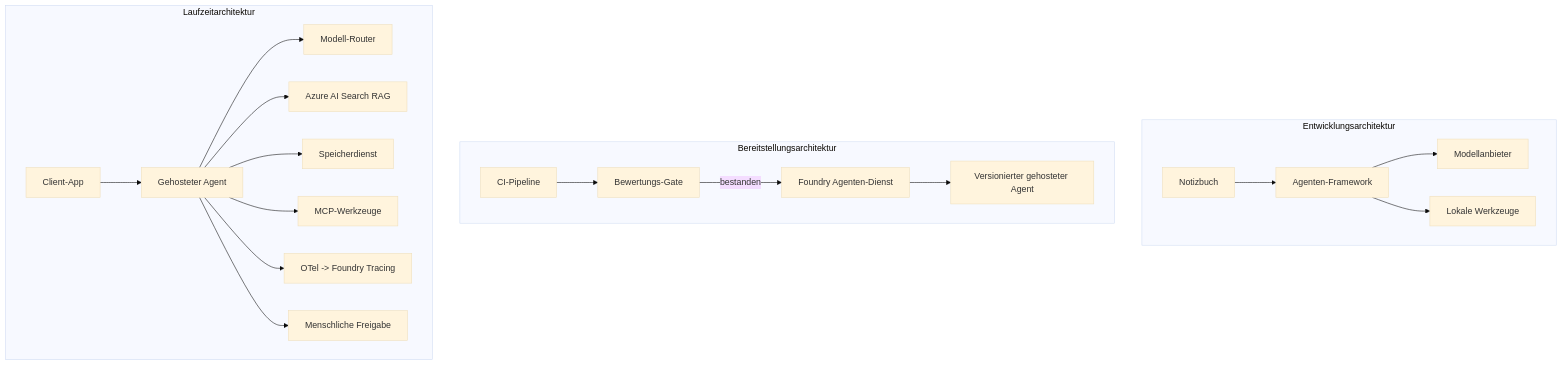
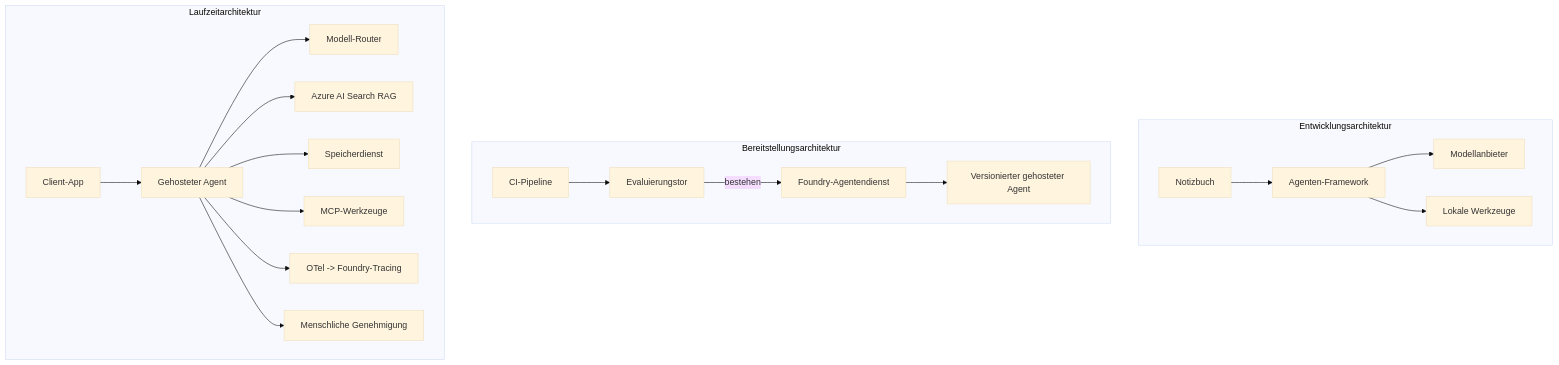
The fourth of 4 diagrams in translations/de/16-deploying-scalable-agents/README.md (microsoft/ai-agents-for-beginners), drawn with Mermaid (base theme) before and after one commit. The commit also changed other lines of this file and 47 other files, not shown here.

````diff
--- a/translations/de/16-deploying-scalable-agents/README.md
+++ b/translations/de/16-deploying-scalable-agents/README.md
@@ -185,22 +185,22 @@
 ```mermaid
 flowchart TB
     subgraph Dev[Entwicklungsarchitektur]
         D1[Notizbuch] --> D2[Agenten-Framework]
         D2 --> D3[Modellanbieter]
         D2 --> D4[Lokale Werkzeuge]
     end
     subgraph Deploy[Bereitstellungsarchitektur]
-        E1[CI-Pipeline] --> E2[Bewertungs-Gate]
-        E2 -->|bestanden| E3[Foundry Agenten-Dienst]
+        E1[CI-Pipeline] --> E2[Evaluierungstor]
+        E2 -->|bestehen| E3[Foundry-Agentendienst]
         E3 --> E4[Versionierter gehosteter Agent]
     end
     subgraph Run[Laufzeitarchitektur]
         F1[Client-App] --> F2[Gehosteter Agent]
         F2 --> F3[Modell-Router]
         F2 --> F4[Azure AI Search RAG]
         F2 --> F5[Speicherdienst]
         F2 --> F6[MCP-Werkzeuge]
-        F2 --> F7[OTel -> Foundry Tracing]
-        F2 --> F8[Menschliche Freigabe]
+        F2 --> F7[OTel -> Foundry-Tracing]
+        F2 --> F8[Menschliche Genehmigung]
     end
 ```
````
